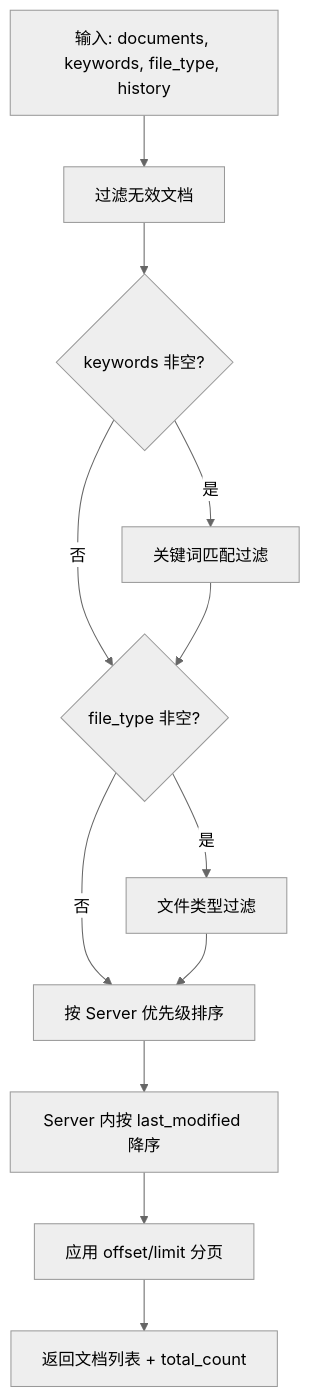
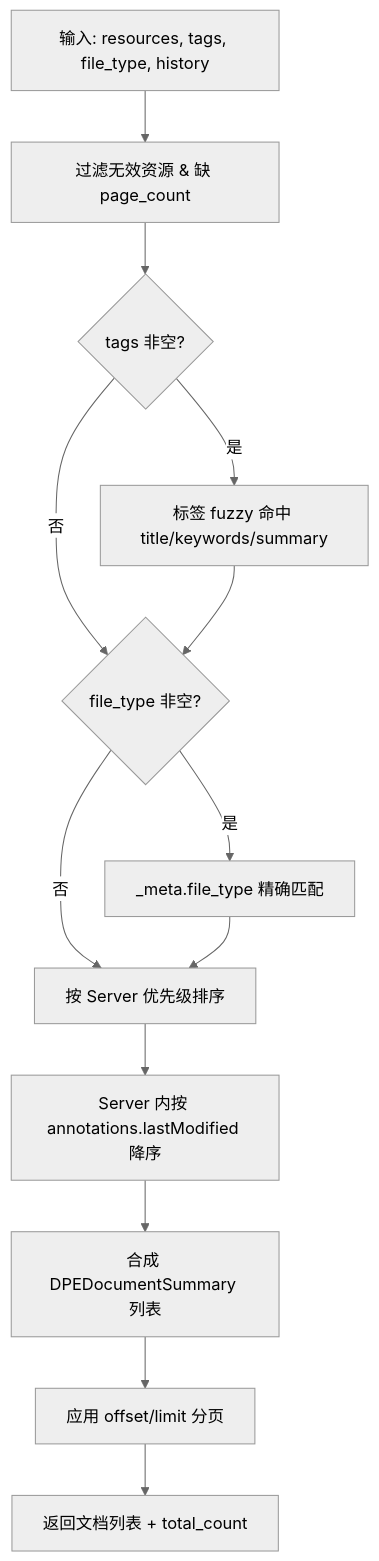
One commit to A2C-SMCP/a2c-smcp-protocol changed the first of 4 diagrams in docs/specification/finder.md. Above: the diagram before and after it, drawn with Mermaid (neutral theme). The commit also changed other lines of this file and 13 other files, not shown here.

````diff
--- a/docs/specification/finder.md
+++ b/docs/specification/finder.md
@@ -435,14 +528,15 @@
 ```mermaid
 flowchart TD
-    A[输入: documents, keywords, file_type, history] --> B[过滤无效文档]
-    B --> C{keywords 非空?}
-    C -- 是 --> D[关键词匹配过滤]
+    A[输入: resources, tags, file_type, history] --> B[过滤无效资源 & 缺 page_count]
+    B --> C{tags 非空?}
+    C -- 是 --> D[标签 fuzzy 命中 title/keywords/summary]
     C -- 否 --> E{file_type 非空?}
     D --> E
-    E -- 是 --> F[文件类型过滤]
+    E -- 是 --> F[_meta.file_type 精确匹配]
     E -- 否 --> G[按 Server 优先级排序]
     F --> G
-    G --> H[Server 内按 last_modified 降序]
-    H --> I[应用 offset/limit 分页]
-    I --> J[返回文档列表 + total_count]
+    G --> H[Server 内按 annotations.lastModified 降序]
+    H --> I[合成 DPEDocumentSummary 列表]
+    I --> J[应用 offset/limit 分页]
+    J --> K[返回文档列表 + total_count]
 ```
````
